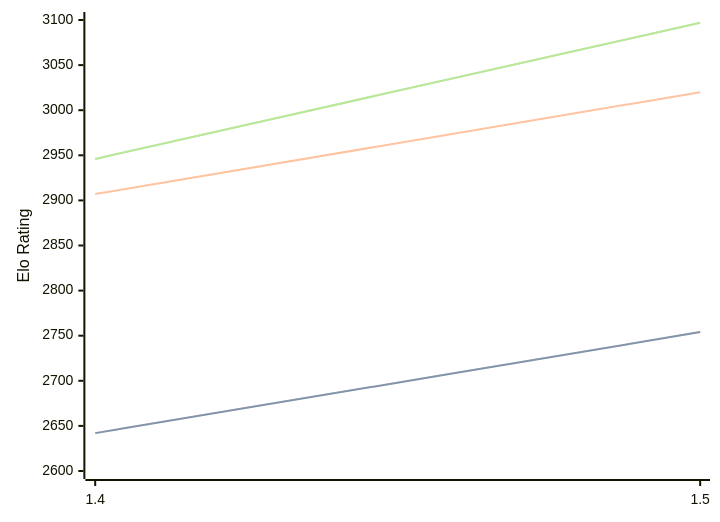
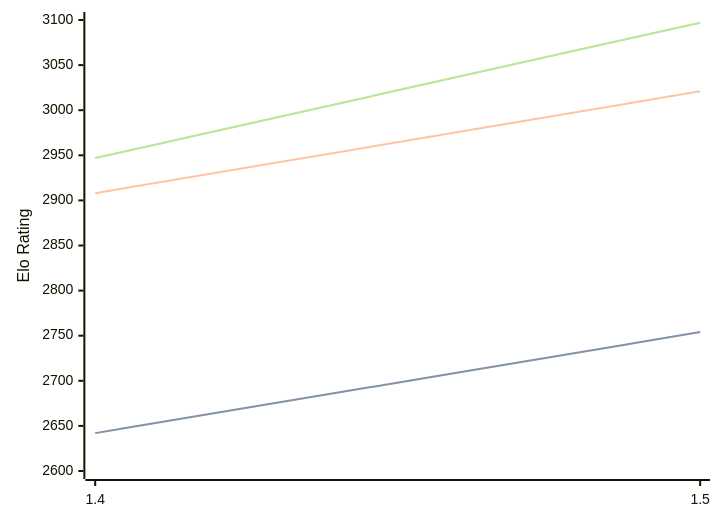
Before and after one commit to computer-chess-index/cci: the first of 3 diagrams in engines/Yakka.md, drawn with Mermaid. The commit also changed other lines of this file, not shown here.

Commit message:
Update CCI Ratings (ELO VLTC) - 2026-06-24

````diff
--- a/engines/Yakka.md
+++ b/engines/Yakka.md
@@ -36,11 +36,11 @@
 ```mermaid
 %%{init: {"theme":"base","themeVariables":{"seriesColors:['#a3a3a3','#222221','#faa371']}}}%%
 xychart-beta
   x-axis ["1.4", "1.5"]
   y-axis "Elo Rating" 2600 --> 3100
   line "STC (8.0+0.08s)" [2642, 2754]
   line "STC (8.0+0.08s)" [2642, 2754]
-  line "LTC (60.0+0.60s)" [2907, 3020]
-  line "VLTC (2m24s+1.12s)" [2946, 3097]
-  line "VLTC (2m24s+1.12s)" [2946, 3097]
+  line "LTC (60.0+0.60s)" [2908, 3021]
+  line "VLTC (2m24s+1.12s)" [2947, 3097]
+  line "VLTC (2m24s+1.12s)" [2947, 3097]
 ```
````
